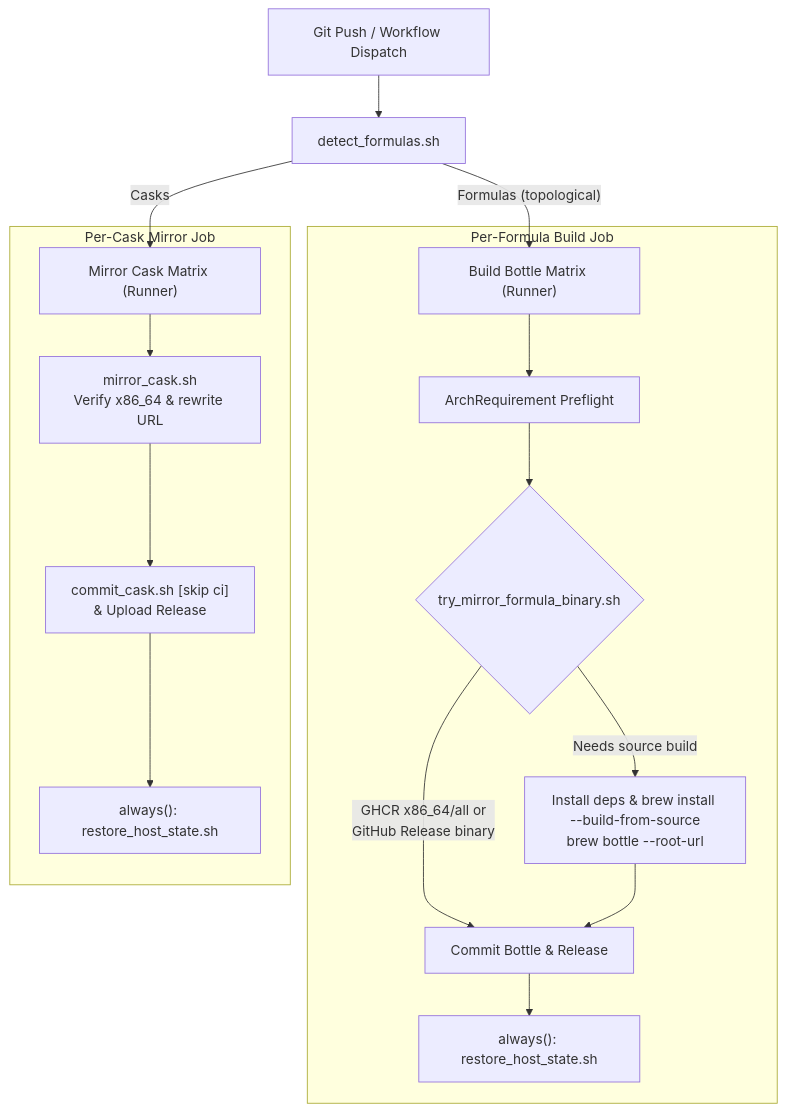
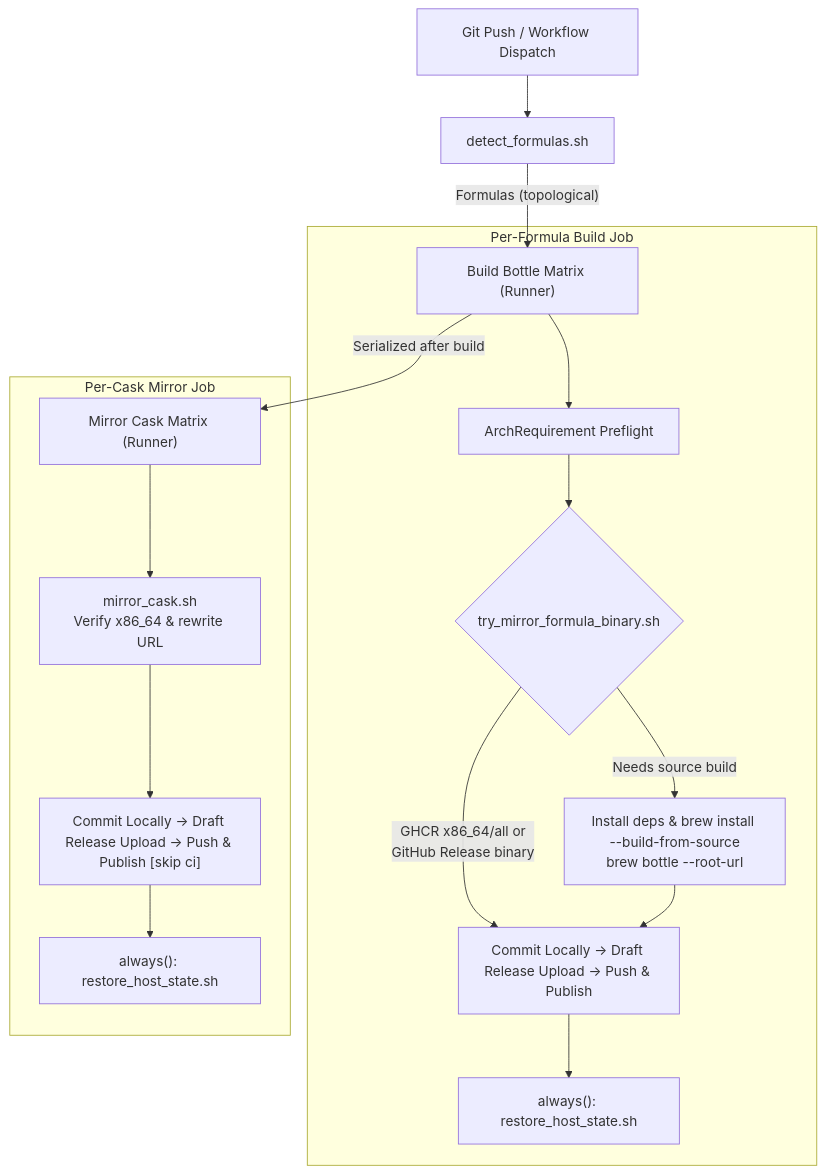
One commit to Jaewoook/homebrew-nal changed the third of 3 diagrams in ARCHITECTURE.md. Above: the diagram before and after it, drawn with Mermaid. The commit also changed other lines of this file and 1 other file, not shown here.

First line of the commit message:
docs: sync ARCHITECTURE.md and HOST_SETUP.md with helper, hook, and CI changes

````diff
--- a/ARCHITECTURE.md
+++ b/ARCHITECTURE.md
@@ -153,21 +178,21 @@
 ```mermaid
 flowchart TD
     Push["Git Push / Workflow Dispatch"] --> Detect["detect_formulas.sh"]
     Detect -->|"Formulas (topological)"| BuildMatrix["Build Bottle Matrix (Runner)"]
-    Detect -->|"Casks"| CaskMatrix["Mirror Cask Matrix (Runner)"]
+    BuildMatrix -->|"Serialized after build"| CaskMatrix["Mirror Cask Matrix (Runner)"]
 
     subgraph BuildJob ["Per-Formula Build Job"]
         BuildMatrix --> ArchCheck["ArchRequirement Preflight"]
         ArchCheck --> FastPath{"try_mirror_formula_binary.sh"}
-        FastPath -->|"GHCR x86_64/all or\nGitHub Release binary"| CommitFormula["Commit Bottle & Release"]
+        FastPath -->|"GHCR x86_64/all or\nGitHub Release binary"| CommitFormula["Commit Locally -> Draft Release Upload -> Push & Publish"]
         FastPath -->|"Needs source build"| SourceBuild["Install deps & brew install --build-from-source\nbrew bottle --root-url"]
         SourceBuild --> CommitFormula
         CommitFormula --> RestoreFormula["always(): restore_host_state.sh"]
     end
 
     subgraph CaskJob ["Per-Cask Mirror Job"]
         CaskMatrix --> MirrorCask["mirror_cask.sh\nVerify x86_64 & rewrite URL"]
-        MirrorCask --> CommitCask["commit_cask.sh [skip ci]\n& Upload Release"]
+        MirrorCask --> CommitCask["Commit Locally -> Draft Release Upload -> Push & Publish [skip ci]"]
         CommitCask --> RestoreCask["always(): restore_host_state.sh"]
     end
 ```
````
